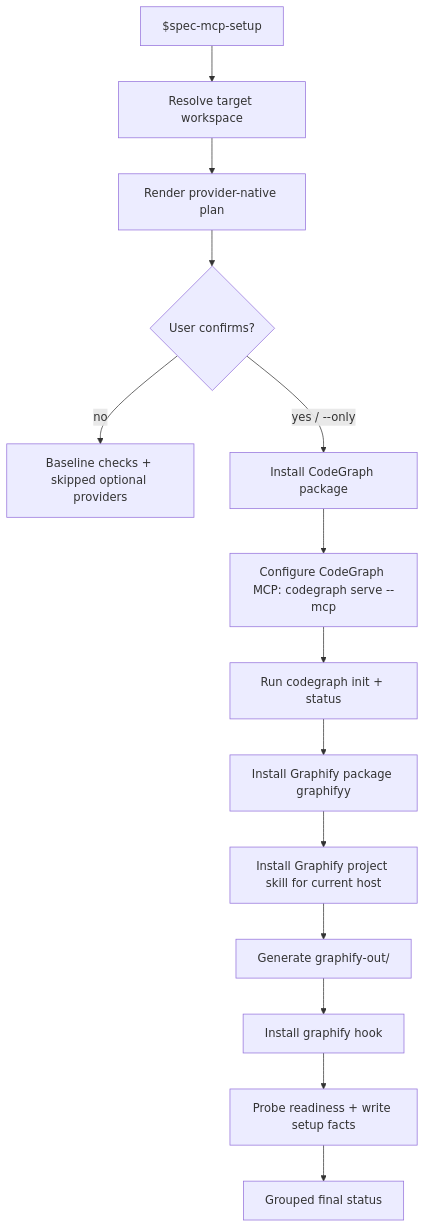
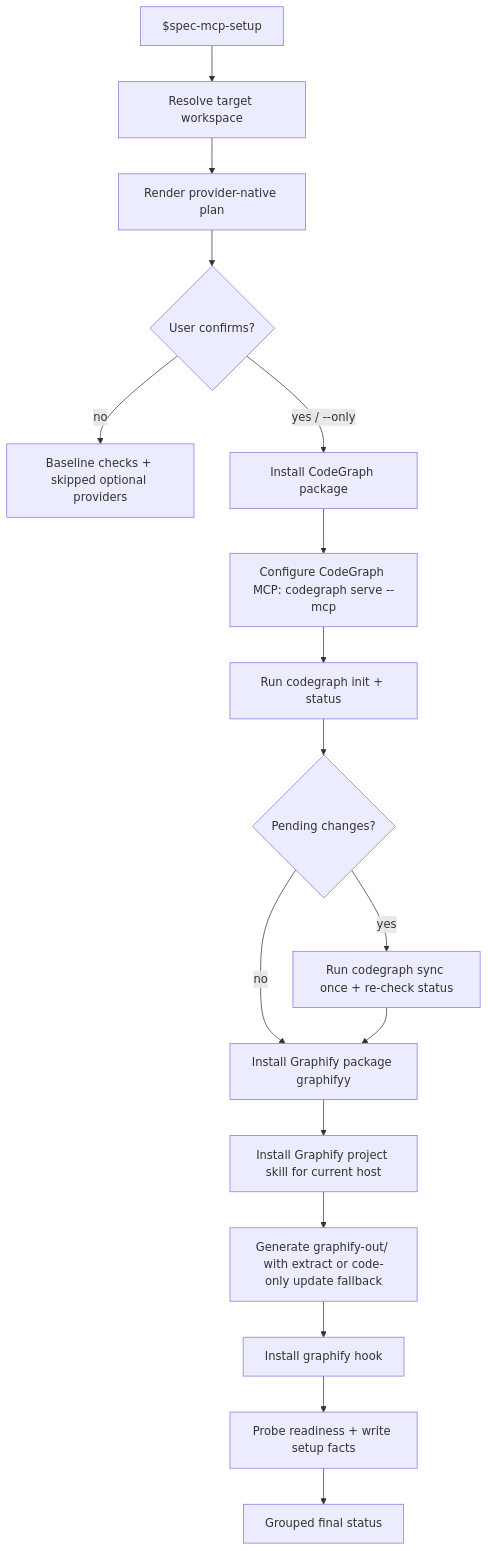
One commit to ajiao7240/spec-first changed the diagram in docs/plans/2026-06-08-004-refactor-provider-native-runtime-setup-plan.md. Above: the diagram before and after it, drawn with Mermaid. The commit also changed other lines of this file and 43 other files, not shown here.

First line of the commit message:
fix(runtime-setup): 收敛 CodeGraph/Graphify provider-native setup 口径并补 code-review 分析文档

````diff
--- a/docs/plans/2026-06-08-004-refactor-provider-native-runtime-setup-plan.md
+++ b/docs/plans/2026-06-08-004-refactor-provider-native-runtime-setup-plan.md
@@ -196,16 +215,20 @@
 ```mermaid
 flowchart TB
   A["$spec-mcp-setup"] --> B["Resolve target workspace"]
   B --> C["Render provider-native plan"]
   C --> D{"User confirms?"}
   D -- "no" --> E["Baseline checks + skipped optional providers"]
   D -- "yes / --only" --> F["Install CodeGraph package"]
   F --> G["Configure CodeGraph MCP: codegraph serve --mcp"]
   G --> H["Run codegraph init + status"]
-  H --> I["Install Graphify package graphifyy"]
+  H --> H2{"Pending changes?"}
+  H2 -- "yes" --> H3["Run codegraph sync once + re-check status"]
+  H2 -- "no" --> I
+  H3 --> I
+  I["Install Graphify package graphifyy"]
   I --> J["Install Graphify project skill for current host"]
-  J --> K["Generate graphify-out/"]
+  J --> K["Generate graphify-out/ with extract or code-only update fallback"]
   K --> L["Install graphify hook"]
   L --> M["Probe readiness + write setup facts"]
   M --> N["Grouped final status"]
 ```
````
